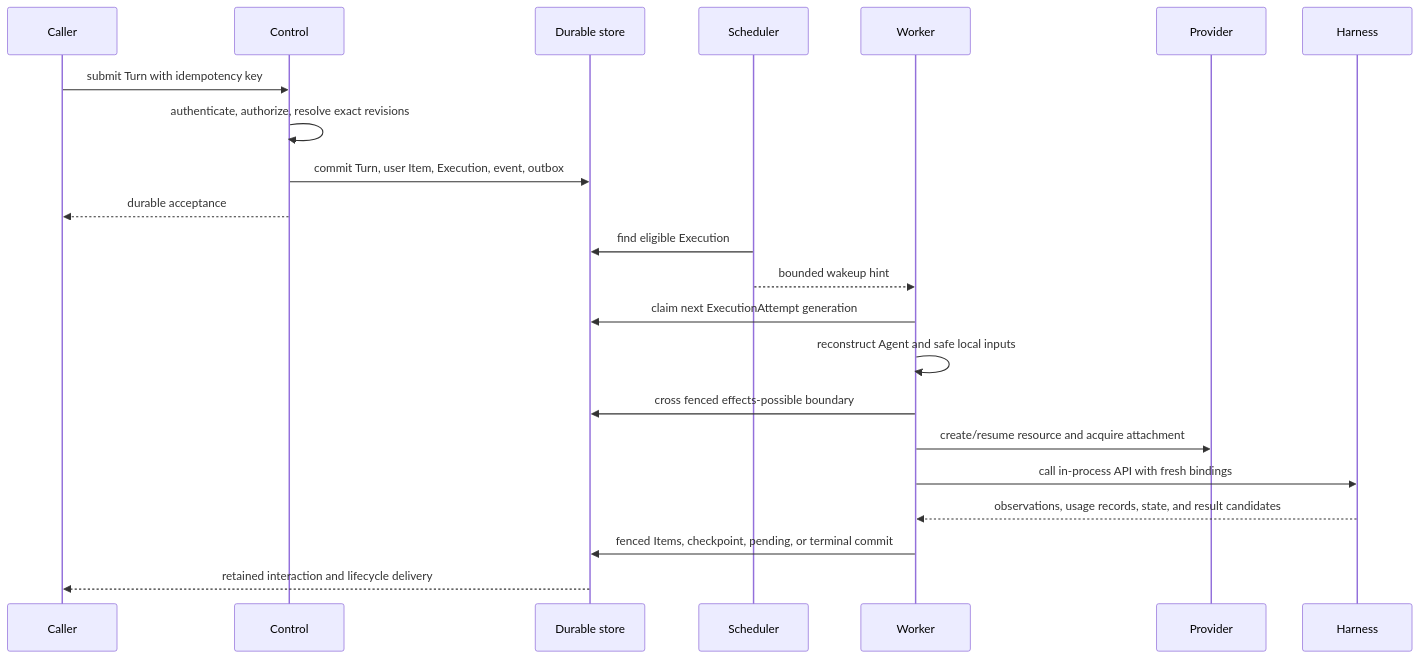
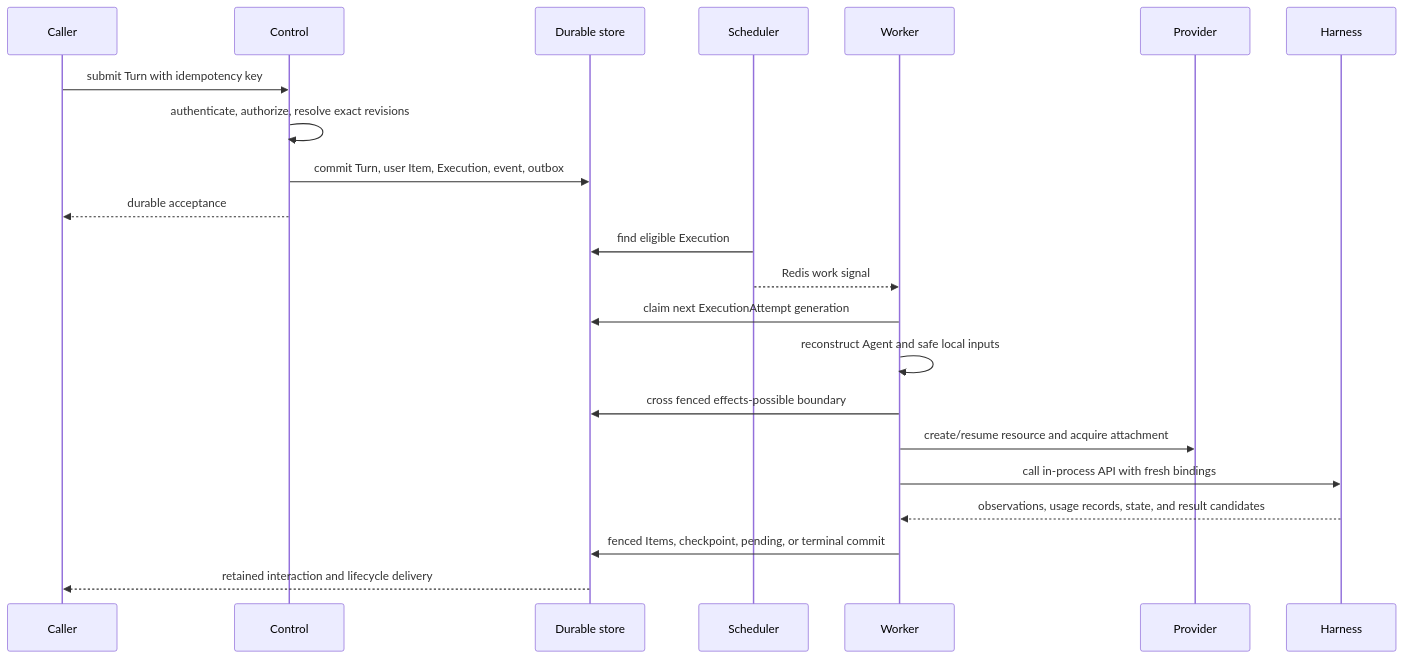
Before and after one commit to LTThreeComma/agent-foundation: the second of 3 diagrams in spec/foundation-service/00-overview.md, drawn with Mermaid. The commit also changed other lines of this file and 26 other files, not shown here.

````diff
--- a/spec/foundation-service/00-overview.md
+++ b/spec/foundation-service/00-overview.md
@@ -92,25 +96,25 @@
 ```mermaid
 sequenceDiagram
     participant Caller
     participant Control
     participant DB as Durable store
     participant Scheduler
     participant Worker
     participant Provider
     participant Harness
 
     Caller->>Control: submit Turn with idempotency key
     Control->>Control: authenticate, authorize, resolve exact revisions
     Control->>DB: commit Turn, user Item, Execution, event, outbox
     Control-->>Caller: durable acceptance
     Scheduler->>DB: find eligible Execution
-    Scheduler-->>Worker: bounded wakeup hint
+    Scheduler-->>Worker: Redis work signal
     Worker->>DB: claim next ExecutionAttempt generation
     Worker->>Worker: reconstruct Agent and safe local inputs
     Worker->>DB: cross fenced effects-possible boundary
     Worker->>Provider: create/resume resource and acquire attachment
     Worker->>Harness: call in-process API with fresh bindings
     Harness-->>Worker: observations, usage records, state, and result candidates
     Worker->>DB: fenced Items, checkpoint, pending, or terminal commit
     DB-->>Caller: retained interaction and lifecycle delivery
 ```
````
